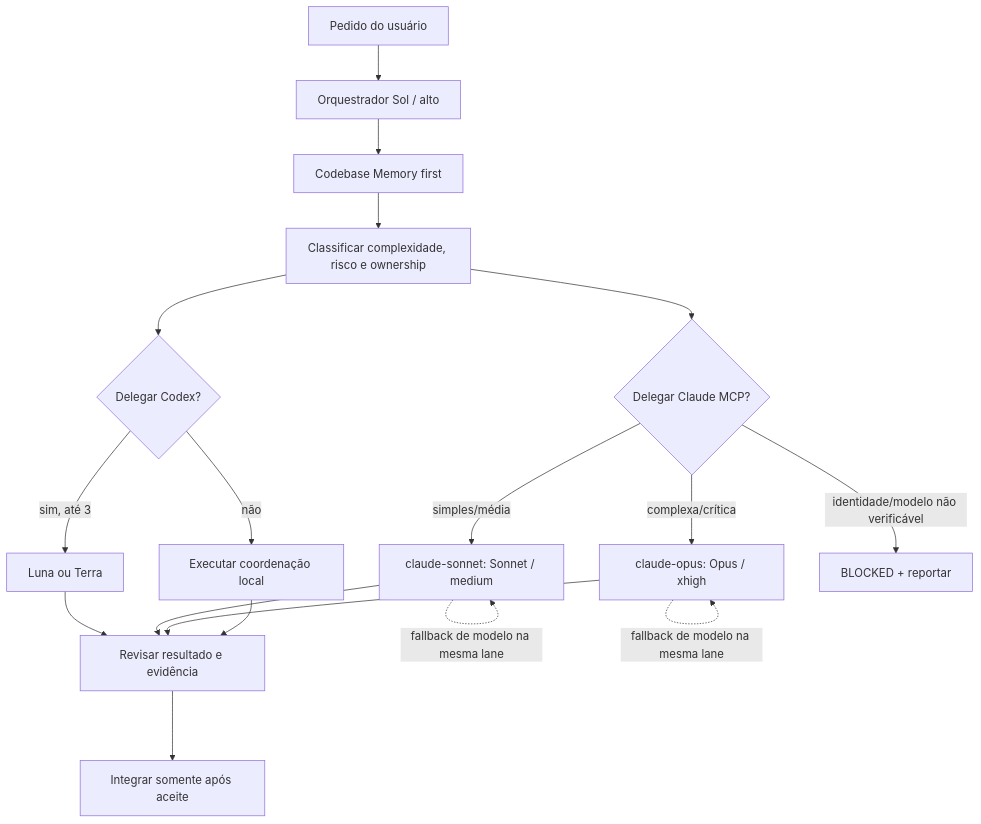
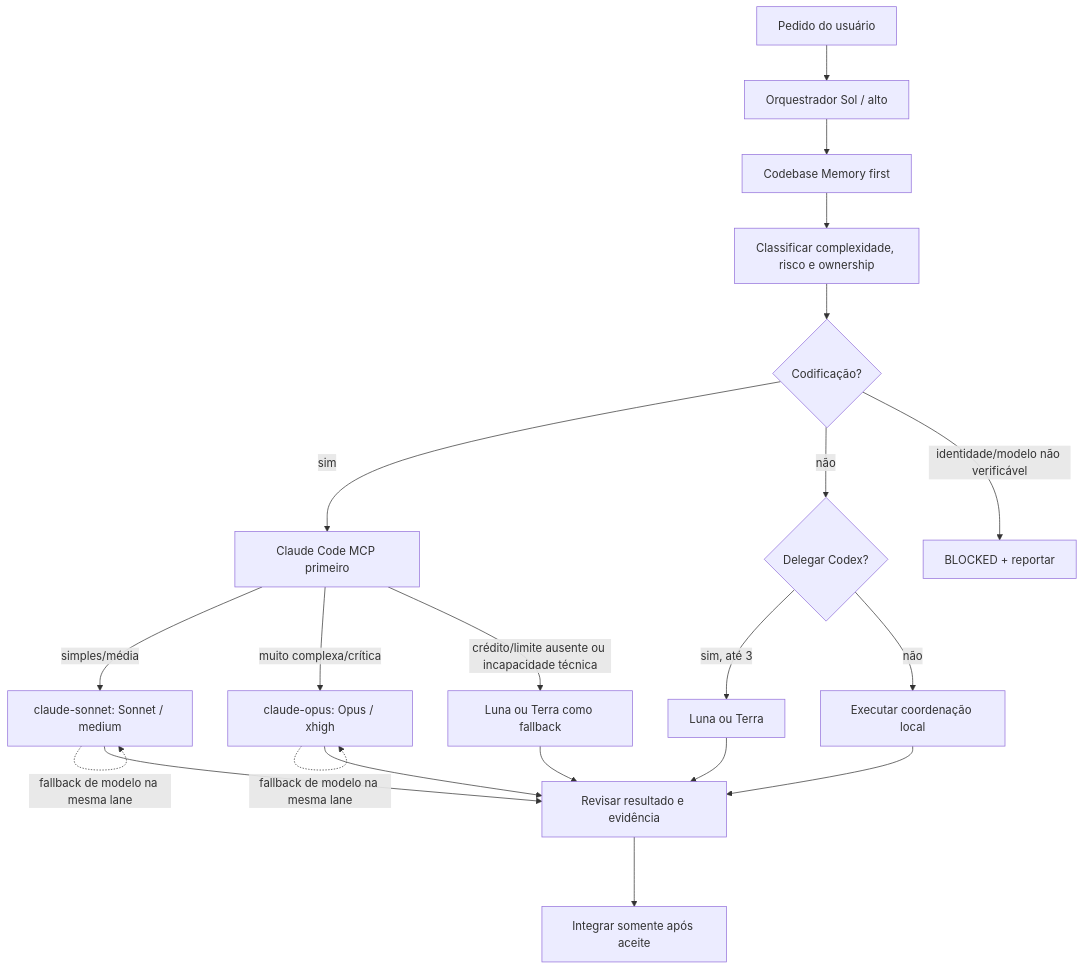
One commit to Giuseph66/RPG changed the diagram in docs/criacao/decisoes/ADR-0006-orquestracao-agentes.md. Above: the diagram before and after it, drawn with Mermaid. The commit also changed other lines of this file and 264 other files, not shown here.

````diff
--- a/docs/criacao/decisoes/ADR-0006-orquestracao-agentes.md
+++ b/docs/criacao/decisoes/ADR-0006-orquestracao-agentes.md
@@ -25,20 +25,23 @@
 ```mermaid
 flowchart TD
   U[Pedido do usuário] --> O[Orquestrador Sol / alto]
   O --> M[Codebase Memory first]
   M --> T[Classificar complexidade, risco e ownership]
-  T --> C{Delegar Codex?}
-  C -->|sim, até 3| L[Luna ou Terra]
-  C -->|não| OI[Executar coordenação local]
-  T --> H{Delegar Claude MCP?}
-  H -->|simples/média| S[claude-sonnet: Sonnet / medium]
-  H -->|complexa/crítica| P[claude-opus: Opus / xhigh]
+  T --> H{Codificação?}
+  H -->|sim| C[Claude Code MCP primeiro]
+  H -->|não| C2{Delegar Codex?}
+  C2 -->|sim, até 3| L[Luna ou Terra]
+  C2 -->|não| OI[Executar coordenação local]
+  C -->|simples/média| S[claude-sonnet: Sonnet / medium]
+  C -->|muito complexa/crítica| P[claude-opus: Opus / xhigh]
+  C -->|crédito/limite ausente ou incapacidade técnica| F[Luna ou Terra como fallback]
   S -. fallback de modelo na mesma lane .-> S
   P -. fallback de modelo na mesma lane .-> P
   H -->|identidade/modelo não verificável| B[BLOCKED + reportar]
   L --> R[Revisar resultado e evidência]
+  F --> R
   S --> R
   P --> R
   OI --> R
   R --> I[Integrar somente após aceite]
 ```
````
